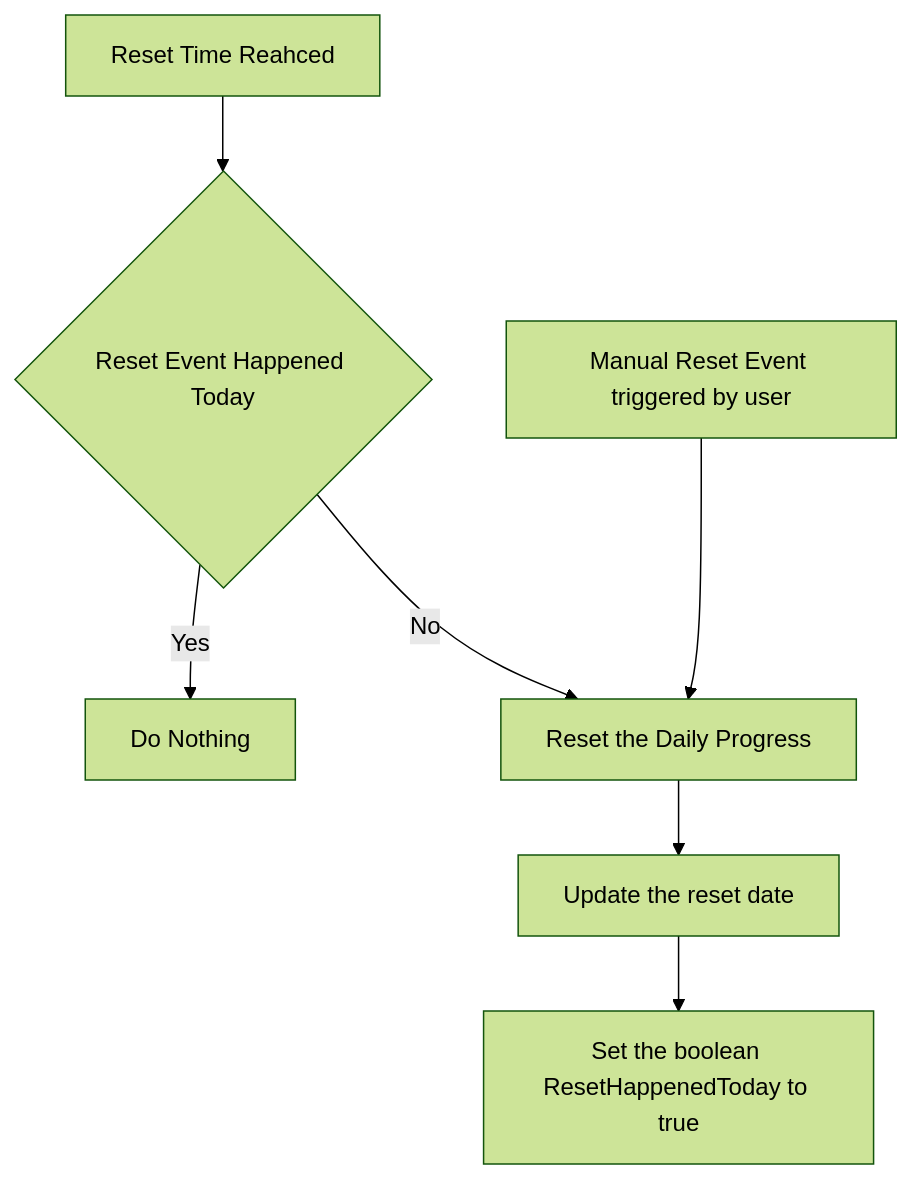
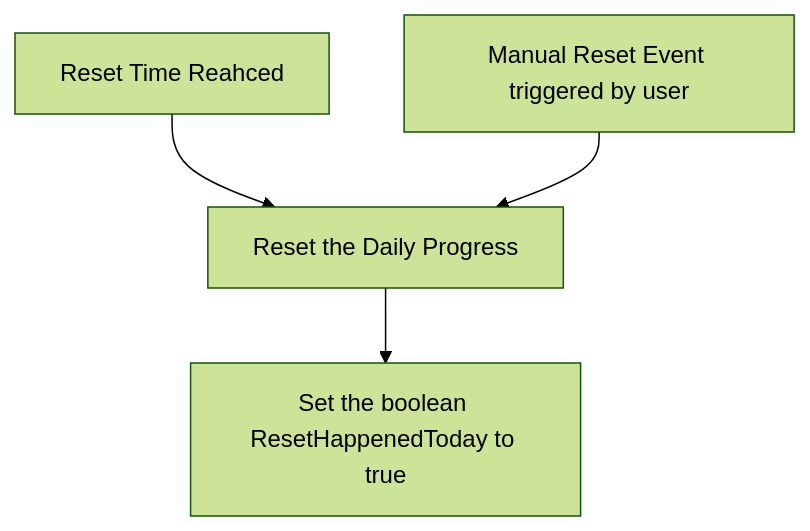
The sixth of 6 diagrams in docs/diagrams.md (SheoranRavi/focus-flow), drawn with Mermaid (forest theme) before and after one commit. The commit also changed other lines of this file and 2 other files, not shown here.

Commit message:
Reset time correction

````diff
--- a/docs/diagrams.md
+++ b/docs/diagrams.md
@@ -133,12 +133,7 @@
 ```mermaid
 flowchart TD
-    ResetTime[Reset Time Reahced] --> ResetHappenedToday{Reset Event Happened Today}
-    
-    ResetHappenedToday -- Yes --> Pass[Do Nothing]
-    ResetHappenedToday -- No --> Reset[Reset the Daily Progress]
-    Reset --> UpdateResetTime[Update the reset date]
-    UpdateResetTime --> SetResetHappenedToday[Set the boolean ResetHappenedToday to true]
-
+    ResetTime[Reset Time Reahced] --> Reset[Reset the Daily Progress]
+    Reset --> SetResetHappenedToday[Set the boolean ResetHappenedToday to true]
     ManualReset[Manual Reset Event triggered by user] --> Reset
 
 ```
````
